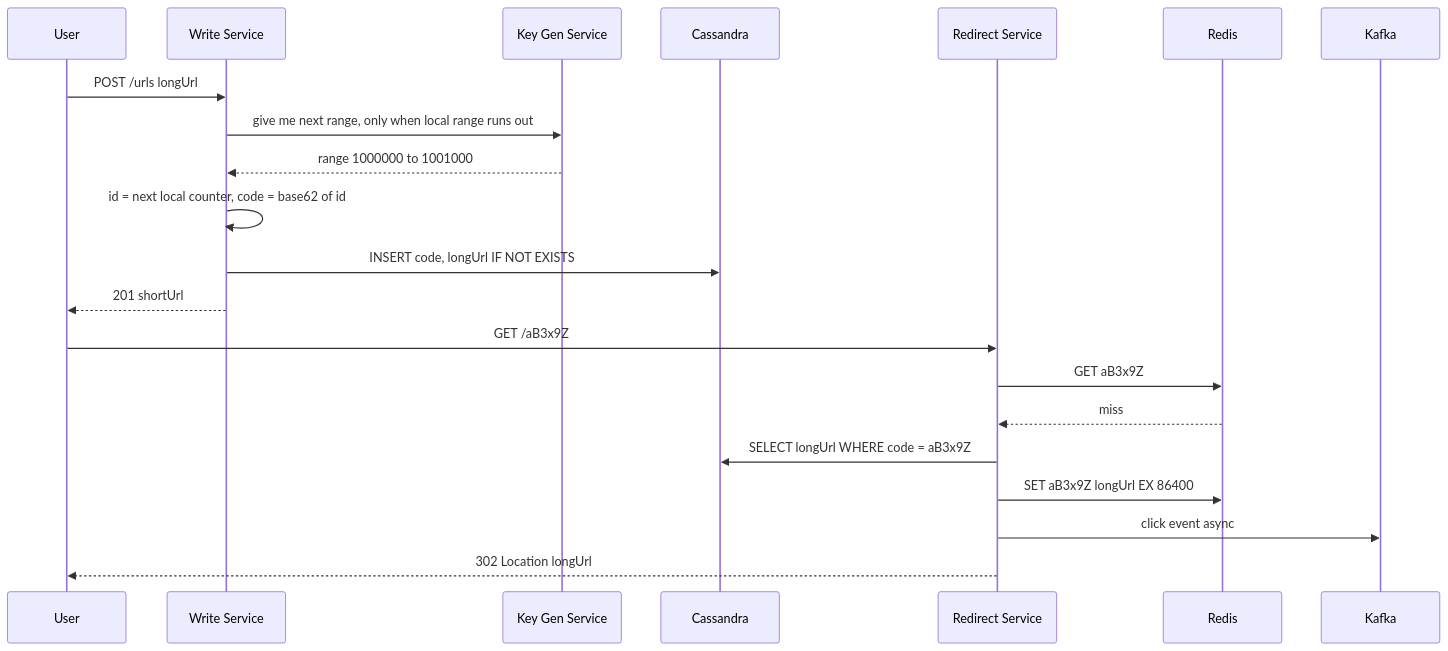
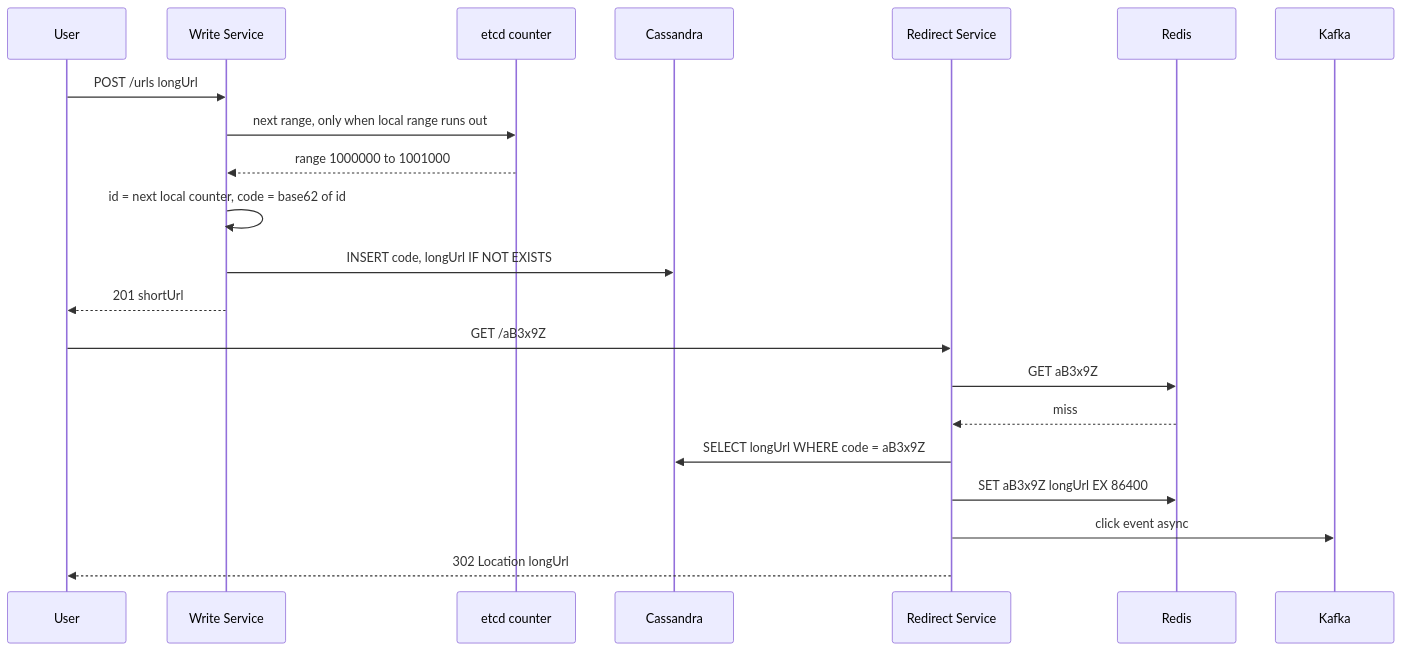
The second of 2 diagrams in content-en/02-questions/t1-01-url-shortener.md (flow6979/system-design-prep), drawn with Mermaid before and after one commit. The commit also changed other lines of this file and 61 other files, not shown here.

````diff
--- a/content-en/02-questions/t1-01-url-shortener.md
+++ b/content-en/02-questions/t1-01-url-shortener.md
@@ -106,23 +112,23 @@
 ```mermaid
 sequenceDiagram
   participant U as User
   participant W as Write Service
-  participant KS as Key Gen Service
+  participant KZ as etcd counter
   participant DB as Cassandra
   participant R as Redirect Service
   participant RC as Redis
   participant K as Kafka
   U->>W: POST /urls longUrl
-  W->>KS: give me next range, only when local range runs out
-  KS-->>W: range 1000000 to 1001000
+  W->>KZ: next range, only when local range runs out
+  KZ-->>W: range 1000000 to 1001000
   W->>W: id = next local counter, code = base62 of id
   W->>DB: INSERT code, longUrl IF NOT EXISTS
   W-->>U: 201 shortUrl
   U->>R: GET /aB3x9Z
   R->>RC: GET aB3x9Z
   RC-->>R: miss
   R->>DB: SELECT longUrl WHERE code = aB3x9Z
   R->>RC: SET aB3x9Z longUrl EX 86400
   R->>K: click event async
   R-->>U: 302 Location longUrl
 ```
````
